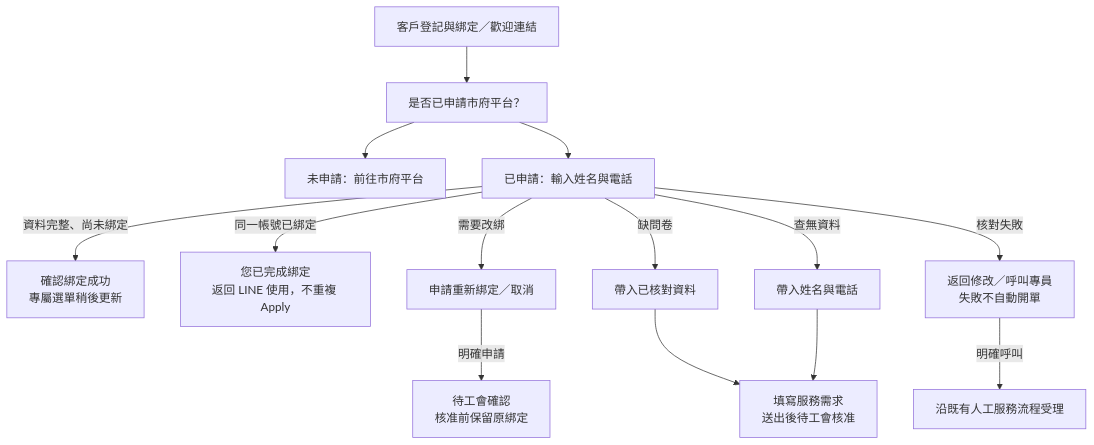
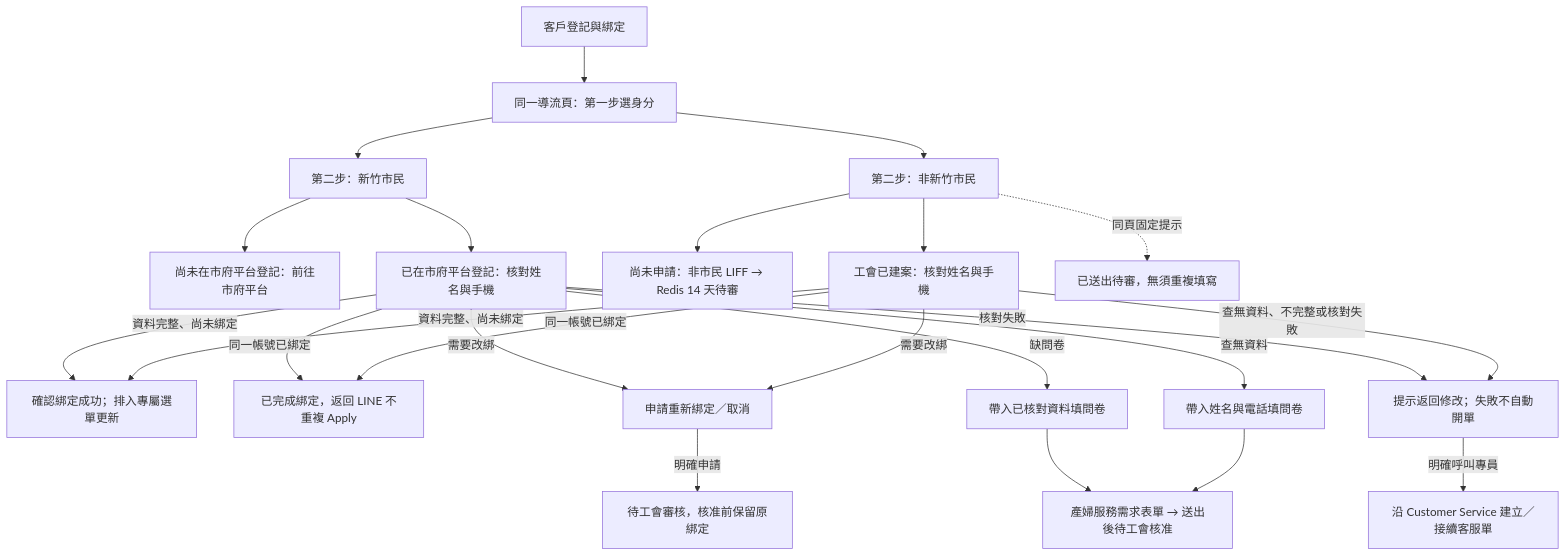
Before and after one commit to chrishzc/Labor_union: the first of 3 diagrams in document/架構重整/01_規格基線/26_LINE四大模組Eraser流程圖轉錄與驗收基線.md, drawn with Mermaid. The commit also changed other lines of this file and 50 other files, not shown here.

````diff
--- a/document/架構重整/01_規格基線/26_LINE四大模組Eraser流程圖轉錄與驗收基線.md
+++ b/document/架構重整/01_規格基線/26_LINE四大模組Eraser流程圖轉錄與驗收基線.md
@@ -89,16 +43,25 @@
 ```mermaid
 flowchart TD
-    User_Entry["客戶登記與綁定／歡迎連結"] --> Gateway_View["是否已申請市府平台？"]
-    Gateway_View --> Branch_Gov_No["未申請：前往市府平台"]
-    Gateway_View --> Branch_Gov_Yes["已申請：輸入姓名與電話"]
-    Branch_Gov_Yes -->|資料完整、尚未綁定| State_A["確認綁定成功<br/>專屬選單稍後更新"]
-    Branch_Gov_Yes -->|同一帳號已綁定| Already_Bound["您已完成綁定<br/>返回 LINE 使用，不重複 Apply"]
+    User_Entry["客戶登記與綁定"] --> Gateway_View["同一導流頁：第一步選身分"]
+    Gateway_View --> Citizen_Status["第二步：新竹市民"]
+    Gateway_View --> Non_Citizen_Status["第二步：非新竹市民"]
+    Citizen_Status --> Branch_Gov_No["尚未在市府平台登記：前往市府平台"]
+    Citizen_Status --> Branch_Gov_Yes["已在市府平台登記：核對姓名與手機"]
+    Non_Citizen_Status --> Branch_Non_Citizen["尚未申請：非市民 LIFF → Redis 14 天待審"]
+    Non_Citizen_Status --> Non_Citizen_Bind["工會已建案：核對姓名與手機"]
+    Non_Citizen_Status -. 同頁固定提示 .-> Pending_Hint["已送出待審，無須重複填寫"]
+    Branch_Gov_Yes -->|資料完整、尚未綁定| State_A["確認綁定成功；排入專屬選單更新"]
+    Branch_Gov_Yes -->|同一帳號已綁定| Already_Bound["已完成綁定，返回 LINE 不重複 Apply"]
     Branch_Gov_Yes -->|需要改綁| Rebind_Request["申請重新綁定／取消"]
-    Rebind_Request -->|明確申請| Rebind_Review["待工會確認<br/>核准前保留原綁定"]
-    Branch_Gov_Yes -->|缺問卷| State_B["帶入已核對資料"]
-    Branch_Gov_Yes -->|查無資料| State_C["帶入姓名與電話"]
-    State_B --> Register_Form["填寫服務需求<br/>送出後待工會核准"]
+    Rebind_Request -->|明確申請| Rebind_Review["待工會審核，核准前保留原綁定"]
+    Branch_Gov_Yes -->|缺問卷| State_B["帶入已核對資料填問卷"]
+    Branch_Gov_Yes -->|查無資料| State_C["帶入姓名與電話填問卷"]
+    State_B --> Register_Form["產婦服務需求表單 → 送出後待工會核准"]
     State_C --> Register_Form
-    Branch_Gov_Yes -->|核對失敗| Retry_Fail["返回修改／呼叫專員<br/>失敗不自動開單"]
-    Retry_Fail -->|明確呼叫| Human_Call["沿既有人工服務流程受理"]
+    Branch_Gov_Yes -->|核對失敗| Retry_Fail["提示返回修改；失敗不自動開單"]
+    Non_Citizen_Bind -->|資料完整、尚未綁定| State_A
+    Non_Citizen_Bind -->|同一帳號已綁定| Already_Bound
+    Non_Citizen_Bind -->|需要改綁| Rebind_Request
+    Non_Citizen_Bind -->|查無資料、不完整或核對失敗| Retry_Fail
+    Retry_Fail -->|明確呼叫專員| Human_Call["沿 Customer Service 建立／接續客服單"]
 ```
````
